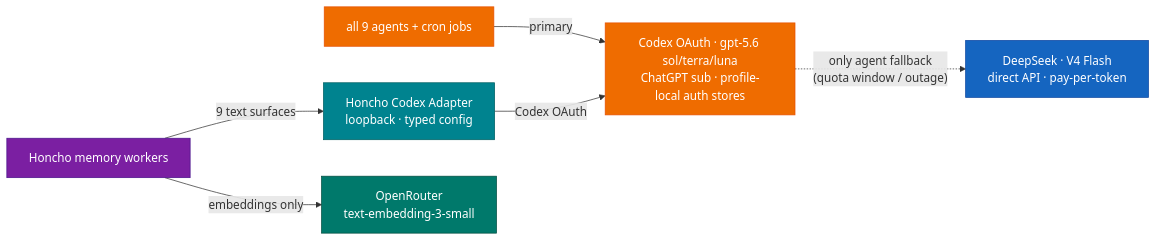
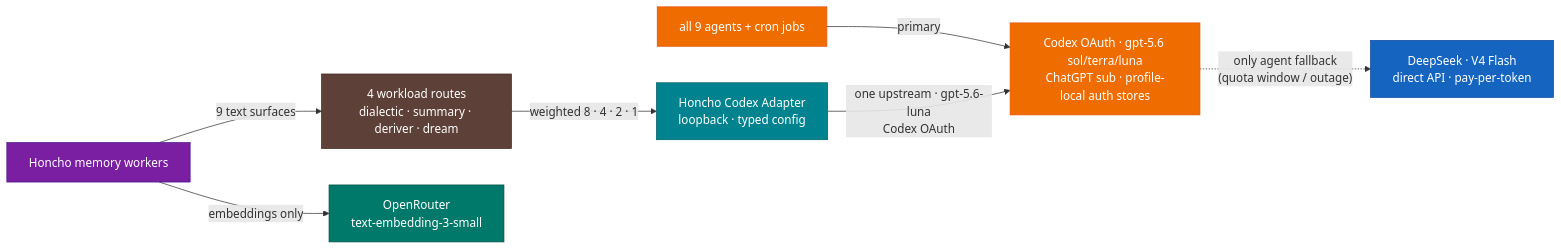
The third of 5 diagrams in README.md (mpolatcan/hermes-setup), drawn with Mermaid before and after one commit. The commit also changed other lines of this file and 22 other files, not shown here.

First line of the commit message:
refactor(honcho): separate workload routes from model identity

````diff
--- a/README.md
+++ b/README.md
@@ -199,13 +199,15 @@
 ```mermaid
 flowchart LR
     all9["all 9 agents + cron jobs"]:::codex -->|primary| Codex["Codex OAuth · gpt-5.6 sol/terra/luna<br/>ChatGPT sub · profile-local auth stores"]:::codex
     Codex -. "only agent fallback<br/>(quota window / outage)" .-> DeepSeek["DeepSeek · V4 Flash<br/>direct API · pay-per-token"]:::fallback
-    Honcho["Honcho memory workers"]:::infra -->|"9 text surfaces"| HCA["Honcho Codex Adapter<br/>loopback · typed config"]:::svc
-    HCA -->|"Codex OAuth"| Codex
+    Honcho["Honcho memory workers"]:::infra -->|"9 text surfaces"| Routes["4 workload routes<br/>dialectic · summary · deriver · dream"]:::route
+    Routes -->|"weighted 8 · 4 · 2 · 1"| HCA["Honcho Codex Adapter<br/>loopback · typed config"]:::svc
+    HCA -->|"one upstream · gpt-5.6-luna<br/>Codex OAuth"| Codex
     Honcho -->|"embeddings only"| ORd["OpenRouter<br/>text-embedding-3-small"]:::ext
     classDef codex fill:#EF6C00,stroke:#E65100,color:#fff
     classDef fallback fill:#1565C0,stroke:#0D47A1,color:#fff
     classDef ext fill:#00796B,stroke:#004D40,color:#fff
+    classDef route fill:#5D4037,stroke:#3E2723,color:#fff
     classDef svc fill:#00838F,stroke:#006064,color:#fff
     classDef infra fill:#7B1FA2,stroke:#4A148C,color:#fff
 ```
````
